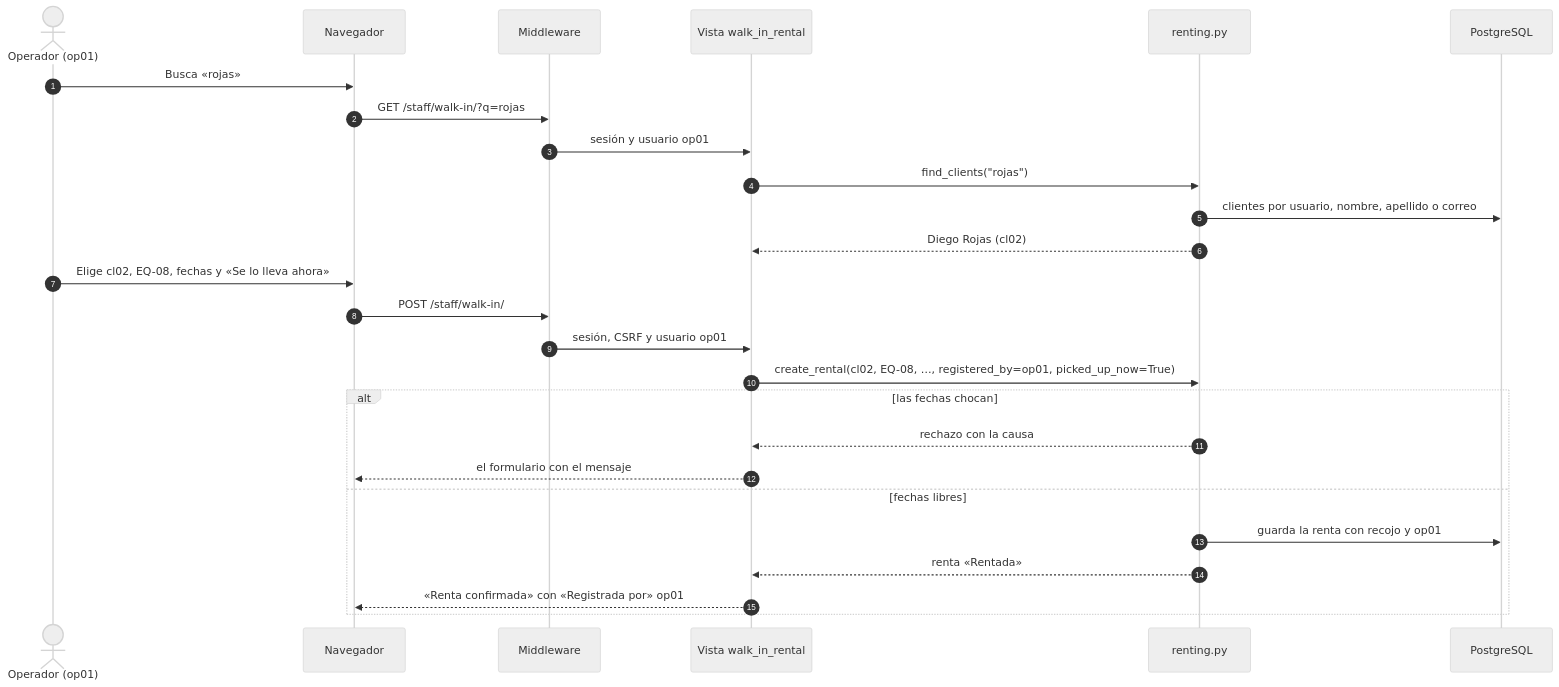
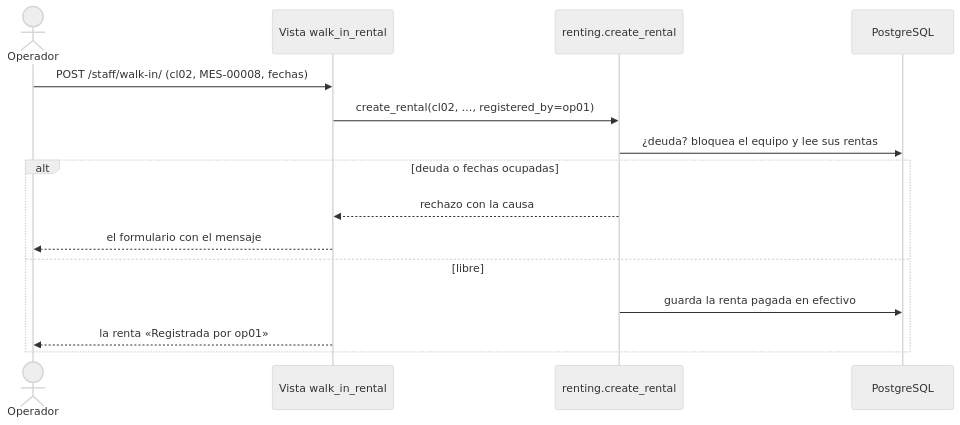
The sixth of 17 diagrams in docs/casos-de-uso.md (peterteranb/astra-rent-system), drawn with Mermaid (neutral theme) before and after one commit. The commit also changed other lines of this file and 6 other files, not shown here.

````diff
--- a/docs/casos-de-uso.md
+++ b/docs/casos-de-uso.md
@@ -105,29 +278,17 @@
 ```mermaid
 sequenceDiagram
-    autonumber
-    actor O as Operador (op01)
-    participant N as Navegador
-    participant M as Middleware
+    actor O as Operador
     participant V as Vista walk_in_rental
-    participant U as renting.py
+    participant U as renting.create_rental
     participant BD as PostgreSQL
-
-    O->>N: Busca «rojas»
-    N->>M: GET /staff/walk-in/?q=rojas
-    M->>V: sesión y usuario op01
-    V->>U: find_clients("rojas")
-    U->>BD: clientes por usuario, nombre, apellido o correo
-    U-->>V: Diego Rojas (cl02)
-    O->>N: Elige cl02, EQ-08, fechas y «Se lo lleva ahora»
-    N->>M: POST /staff/walk-in/
-    M->>V: sesión, CSRF y usuario op01
-    V->>U: create_rental(cl02, EQ-08, …, registered_by=op01, picked_up_now=True)
-    alt las fechas chocan
+    O->>V: POST /staff/walk-in/ (cl02, MES-00008, fechas)
+    V->>U: create_rental(cl02, …, registered_by=op01)
+    U->>BD: ¿deuda? bloquea el equipo y lee sus rentas
+    alt deuda o fechas ocupadas
         U-->>V: rechazo con la causa
-        V-->>N: el formulario con el mensaje
-    else fechas libres
-        U->>BD: guarda la renta con recojo y op01
-        U-->>V: renta «Rentada»
-        V-->>N: «Renta confirmada» con «Registrada por» op01
+        V-->>O: el formulario con el mensaje
+    else libre
+        U->>BD: guarda la renta pagada en efectivo
+        V-->>O: la renta «Registrada por op01»
     end
 ```
````
